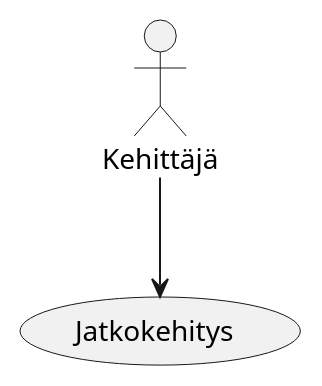
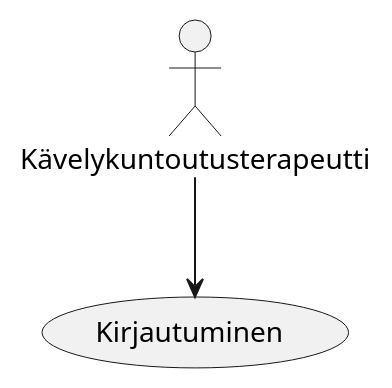
Before and after one commit to Betaoptics/ttos0100---2019-implementation: the diagram in dokumentit/02-vaatimusmaarittely/Usecases/UseCase -1: Kirjautuminen.md, drawn with PlantUML. The commit also changed other lines of this file, not shown here.

Commit message:
Update UseCase -1: Kirjautuminen.md

````diff
--- a/dokumentit/02-vaatimusmaarittely/Usecases/UseCase -1: Kirjautuminen.md
+++ b/dokumentit/02-vaatimusmaarittely/Usecases/UseCase -1: Kirjautuminen.md
@@ -3,5 +3,5 @@
 ```plantuml
 @startuml
-Kehittäjä --> (Jatkokehitys)
+Kävelykuntoutusterapeutti --> (Kirjautuminen)
 @enduml
 ```
````
